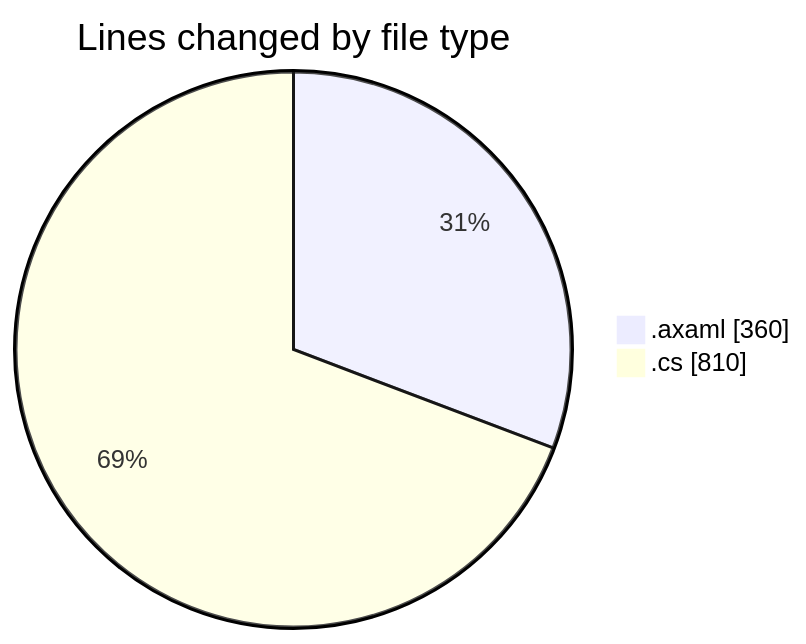
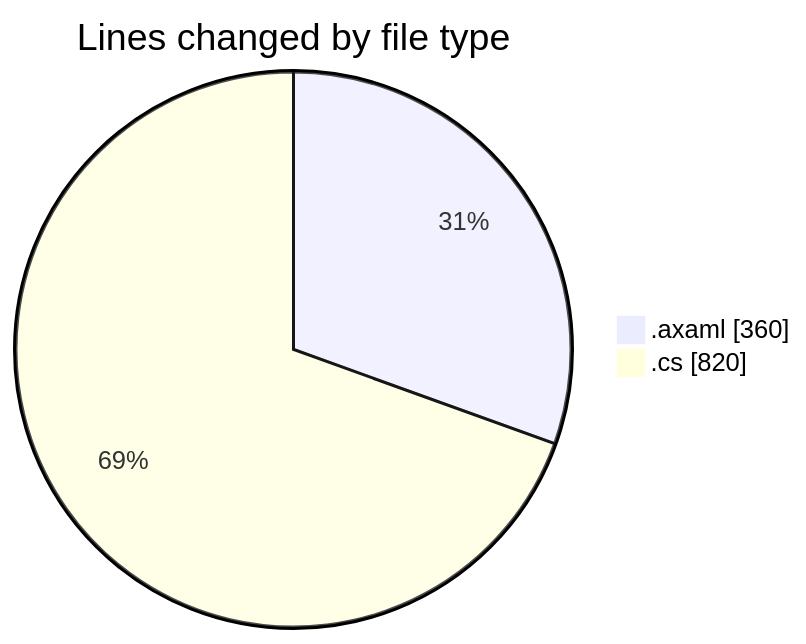
One commit to Netris89/code-tracking changed the first of 2 diagrams in 2025-11-01/skintrack/README.md. Above: the diagram before and after it, drawn with Mermaid. The commit also changed other lines of this file and 1 other file, not shown here.

````diff
--- a/2025-11-01/skintrack/README.md
+++ b/2025-11-01/skintrack/README.md
@@ -26,6 +26,6 @@
 ```mermaid
 pie showData
 title Lines changed by file type
 ".axaml" : 360
-".cs" : 810
+".cs" : 820
 ```
````
